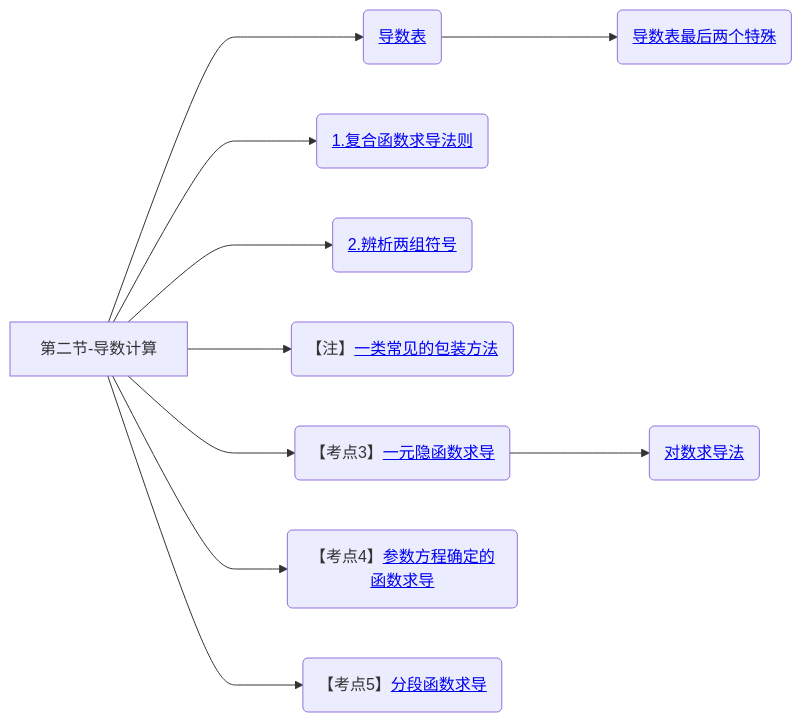
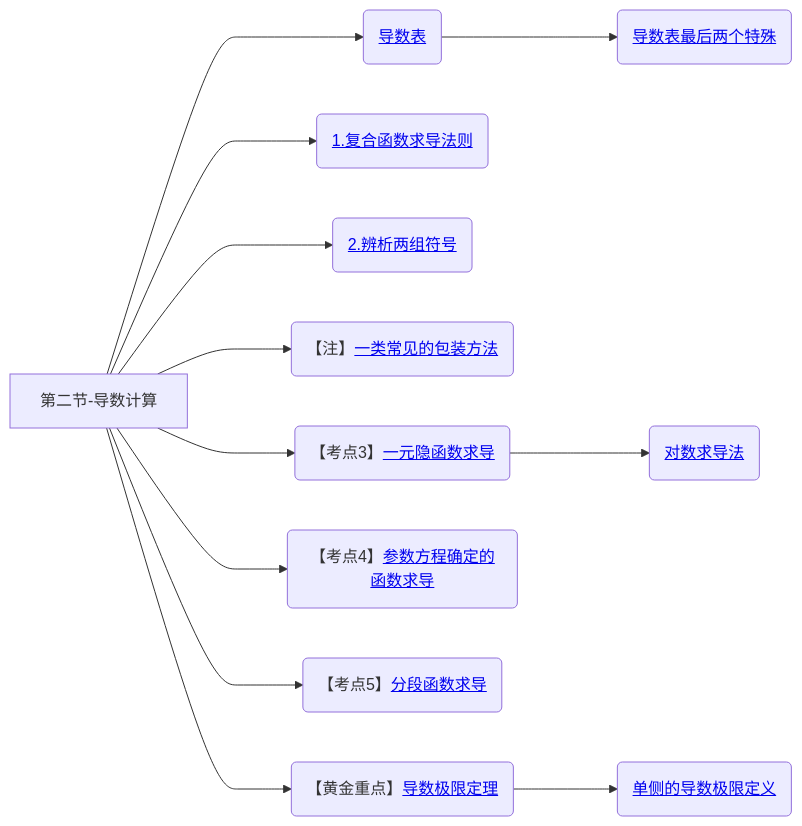
Before and after one commit to yuebinghui/note: diagram 12 of 12 in 笔记/数学/周洋鑫/01.基础班思维导图.md, drawn with Mermaid. The commit also changed 9 other files, not shown here.

````diff
--- a/笔记/数学/周洋鑫/01.基础班思维导图.md
+++ b/笔记/数学/周洋鑫/01.基础班思维导图.md
@@ -454,20 +454,23 @@
 ```mermaid
 graph LR
 第二节-导数计算
 
 第二节-导数计算--->导数表(<a href="/Users/yuebinghui/Documents/program/github/note/笔记/数学/周洋鑫/零基础提前学/11.1零基础核心考点精讲10-1.md#导数表-必须记住">导数表</>)
 导数表--->导数表最后两个特殊(<a href="/Users/yuebinghui/Documents/program/github/note/笔记/数学/周洋鑫/零基础提前学/11.1零基础核心考点精讲10-1.md#导数表最后两个特殊">导数表最后两个特殊</>)
 第二节-导数计算--->复合函数求导法则(<a href="/Users/yuebinghui/Documents/program/github/note/笔记/数学/周洋鑫/基础班/12.导数计算_1.md#复合函数求导法则">1.复合函数求导法则</>)
 第二节-导数计算--->2.辨析两组符号(<a href="/Users/yuebinghui/Documents/program/github/note/笔记/数学/周洋鑫/基础班/12.导数计算_1.md#2.辨析两组符号">2.辨析两组符号</>)
 
 第二节-导数计算--->一类常见的包装方法(【注】<a href="/Users/yuebinghui/Documents/program/github/note/笔记/数学/周洋鑫/基础班/12.导数计算_1.md#一类常见的包装方法">一类常见的包装方法</>)
 
 第二节-导数计算--->一元隐函数求导(【考点3】<a href="/Users/yuebinghui/Documents/program/github/note/笔记/数学/周洋鑫/基础班/12.导数计算_1.md#一元隐函数求导">一元隐函数求导</>)
 
 一元隐函数求导--->对数求导法(<a href="/Users/yuebinghui/Documents/program/github/note/笔记/数学/周洋鑫/基础班/13.导数计算_2.md#对数求导法">对数求导法</>)
 
 第二节-导数计算--->参数方程确定的函数求导(【考点4】<a href="/Users/yuebinghui/Documents/program/github/note/笔记/数学/周洋鑫/基础班/13.导数计算_2.md#参数方程确定的函数求导">参数方程确定的函数求导</>)
 
 第二节-导数计算--->分段函数求导(【考点5】<a href="/Users/yuebinghui/Documents/program/github/note/笔记/数学/周洋鑫/基础班/13.导数计算_2.md#分段函数求导">分段函数求导</>)
 
+第二节-导数计算--->导数极限定理(【黄金重点】<a href="/Users/yuebinghui/Documents/program/github/note/笔记/数学/周洋鑫/基础班/13.导数计算_2.md#导数极限定理">导数极限定理</>)
+导数极限定理--->单侧的导数极限定义(<a href="/Users/yuebinghui/Documents/program/github/note/笔记/数学/周洋鑫/基础班/13.导数计算_2.md#单侧的导数极限定义">单侧的导数极限定义</>)
+
 ```
````
